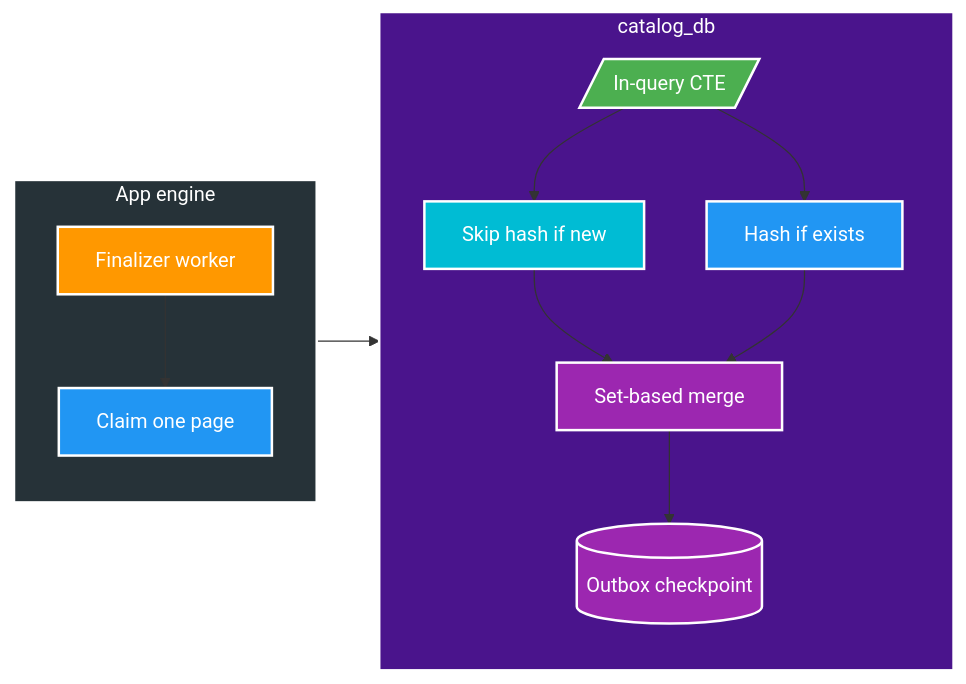
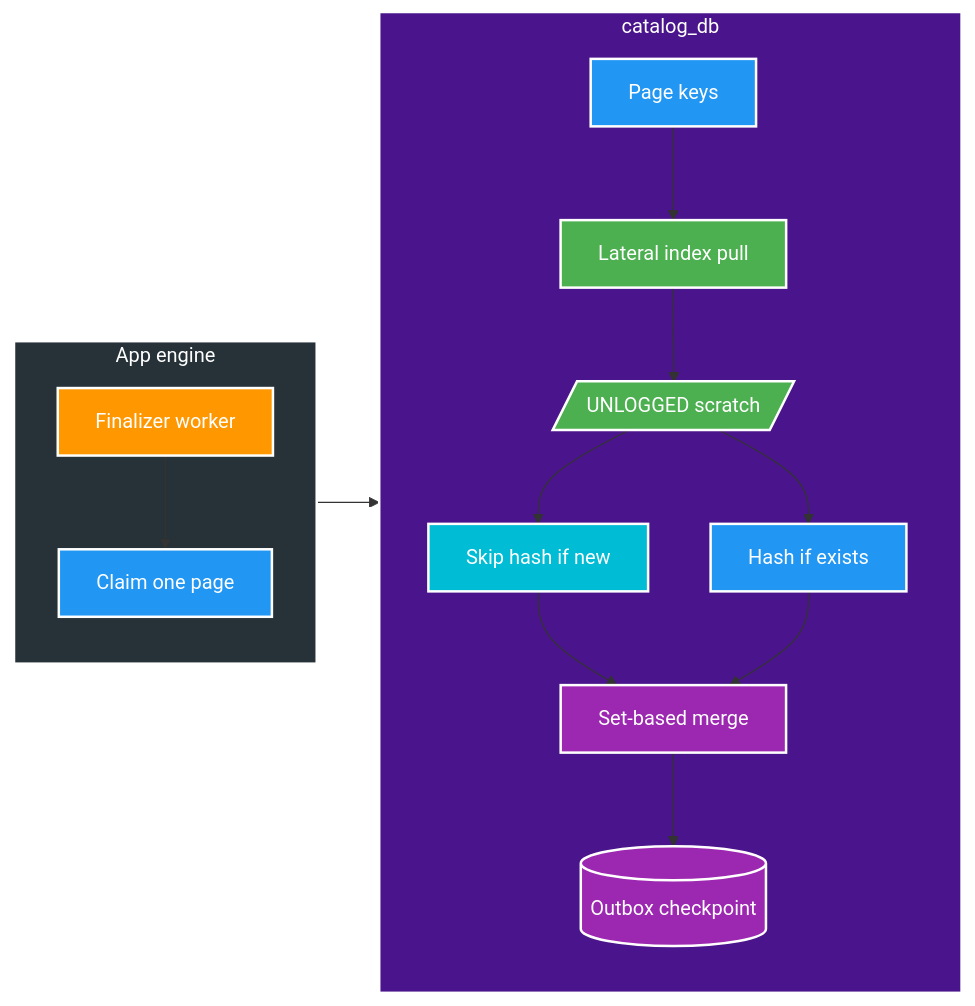
The second of 2 diagrams in docs/features/056-catalog-set-based-cte-merge/02-design.md (HungPhan200591/file-mngt-be-v2), drawn with Mermaid before and after one commit. The commit also changed other lines of this file and 11 other files, not shown here.

Commit message:
feat: implement V21 nested-loop merge with UNLOGGED scratch for catalog finalization

````diff
--- a/docs/features/056-catalog-set-based-cte-merge/02-design.md
+++ b/docs/features/056-catalog-set-based-cte-merge/02-design.md
@@ -50,26 +47,29 @@
 ```mermaid
 flowchart LR
     subgraph APP["App engine"]
         direction TB
         W["Finalizer worker"] --> CLAIM["Claim one page"]
     end
     subgraph DB["catalog_db"]
         direction TB
-        CTE[/"In-query CTE"/]
-        CTE --> NEW["Skip hash if new"]
-        CTE --> OLD["Hash if exists"]
+        PAGE["Page keys"] --> PULL["Lateral index pull"]
+        PULL --> SCRATCH[/"UNLOGGED scratch"/]
+        SCRATCH --> NEW["Skip hash if new"]
+        SCRATCH --> OLD["Hash if exists"]
         NEW --> WRITE["Set-based merge"]
         OLD --> WRITE
         WRITE --> OUT[("Outbox checkpoint")]
     end
-    CLAIM --> CTE
+    CLAIM --> PAGE
     style APP fill:#263238,stroke:#fff,stroke-width:2px,color:#fff
     style W fill:#FF9800,stroke:#fff,stroke-width:2px,color:#fff
     style CLAIM fill:#2196F3,stroke:#fff,stroke-width:2px,color:#fff
     style DB fill:#4A148C,stroke:#fff,stroke-width:2px,color:#fff
-    style CTE fill:#4CAF50,stroke:#fff,stroke-width:2px,color:#fff
+    style PAGE fill:#2196F3,stroke:#fff,stroke-width:2px,color:#fff
+    style PULL fill:#4CAF50,stroke:#fff,stroke-width:2px,color:#fff
+    style SCRATCH fill:#4CAF50,stroke:#fff,stroke-width:2px,color:#fff
     style NEW fill:#00BCD4,stroke:#fff,stroke-width:2px,color:#fff
     style OLD fill:#2196F3,stroke:#fff,stroke-width:2px,color:#fff
     style WRITE fill:#9C27B0,stroke:#fff,stroke-width:2px,color:#fff
     style OUT fill:#9C27B0,stroke:#fff,stroke-width:2px,color:#fff
 ```
````
